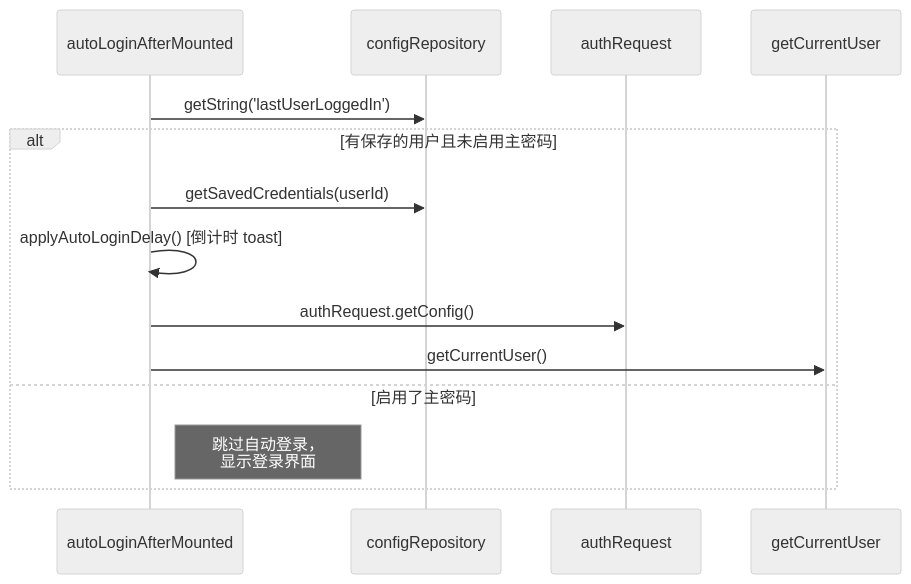
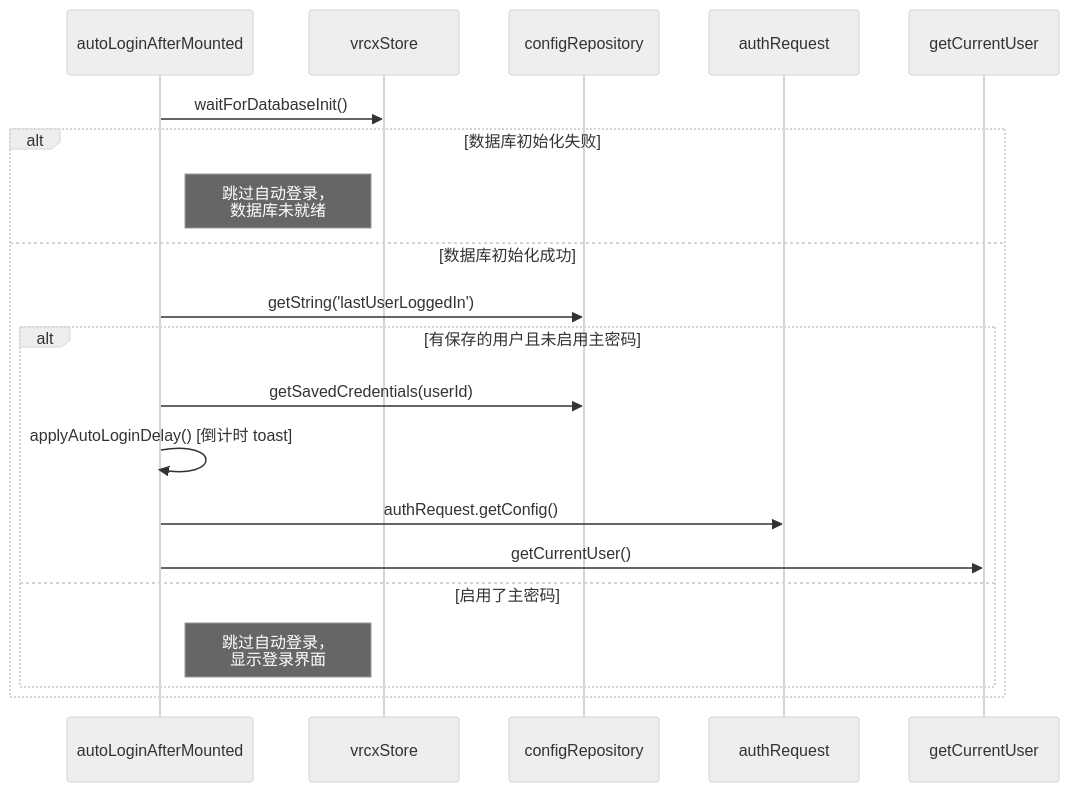
One commit to Map1en/vrcx-docs changed the third of 6 diagrams in zh/modules/auth-system.md. Above: the diagram before and after it, drawn with Mermaid (neutral theme). The commit also changed other lines of this file and 19 other files, not shown here.

````diff
--- a/zh/modules/auth-system.md
+++ b/zh/modules/auth-system.md
@@ -109,17 +109,23 @@
 ```mermaid
 sequenceDiagram
     participant App as autoLoginAfterMounted
+    participant Vrcx as vrcxStore
     participant Config as configRepository
     participant API as authRequest
     participant User as getCurrentUser
 
-    App->>Config: getString('lastUserLoggedIn')
-    alt 有保存的用户且未启用主密码
-        App->>Config: getSavedCredentials(userId)
-        App->>App: applyAutoLoginDelay() [倒计时 toast]
-        App->>API: authRequest.getConfig()
-        App->>User: getCurrentUser()
-    else 启用了主密码
-        Note right of App: 跳过自动登录，<br/>显示登录界面
+    App->>Vrcx: waitForDatabaseInit()
+    alt 数据库初始化失败
+        Note right of App: 跳过自动登录，<br/>数据库未就绪
+    else 数据库初始化成功
+        App->>Config: getString('lastUserLoggedIn')
+        alt 有保存的用户且未启用主密码
+            App->>Config: getSavedCredentials(userId)
+            App->>App: applyAutoLoginDelay() [倒计时 toast]
+            App->>API: authRequest.getConfig()
+            App->>User: getCurrentUser()
+        else 启用了主密码
+            Note right of App: 跳过自动登录，<br/>显示登录界面
+        end
     end
 ```
````
